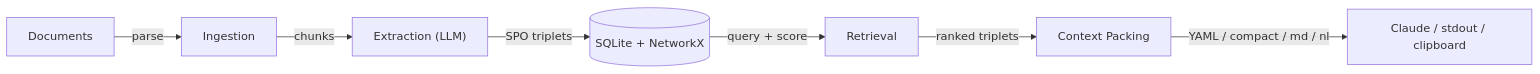
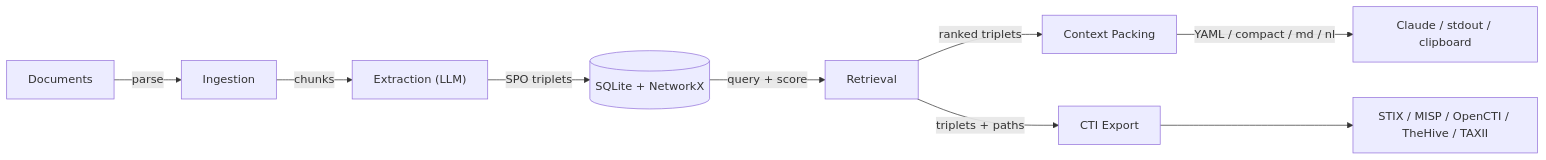
The diagram in README.md (jeff-is-working/knowledge-graph-context-pipeline), drawn with Mermaid before and after one commit. The commit also changed other lines of this file and 3 other files, not shown here.

First line of the commit message:
Add CTI integration documentation and update architecture diagrams

````diff
--- a/README.md
+++ b/README.md
@@ -17,9 +17,11 @@
 ```mermaid
 graph LR
     A[Documents] -->|parse| B[Ingestion]
     B -->|chunks| C["Extraction (LLM)"]
     C -->|SPO triplets| D[(SQLite + NetworkX)]
     D -->|query + score| E[Retrieval]
     E -->|ranked triplets| F[Context Packing]
     F -->|YAML / compact / md / nl| G[Claude / stdout / clipboard]
+    E -->|triplets + paths| H[CTI Export]
+    H --> I[STIX / MISP / OpenCTI / TheHive / TAXII]
 ```
````
